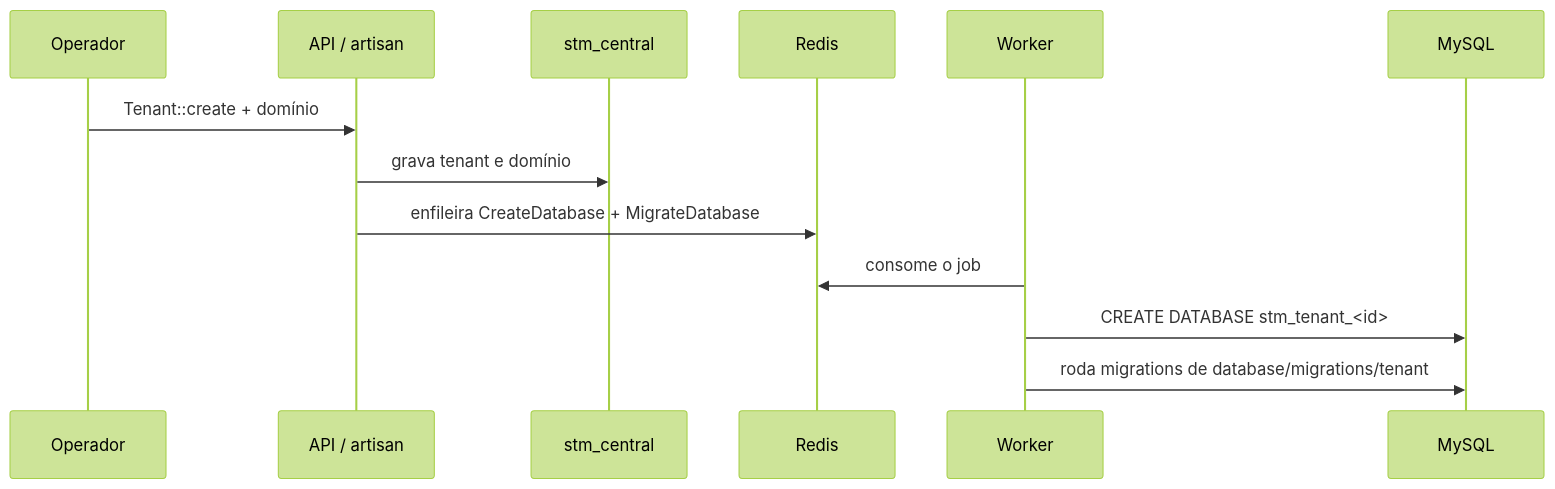
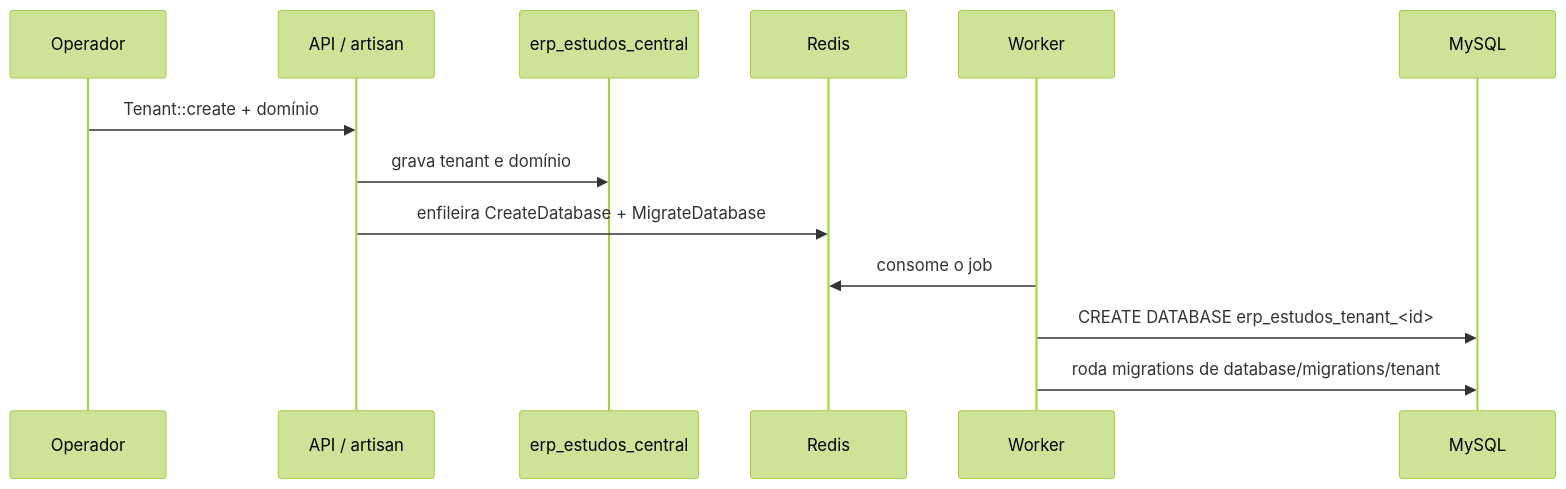
One commit to CristovaoCarlos/ERP-Estudos changed the fourth of 5 diagrams in docs/arquitetura/arc42.md. Above: the diagram before and after it, drawn with Mermaid (forest theme). The commit also changed other lines of this file and 60 other files, not shown here.

First line of the commit message:
refactor: renomeia o sistema para ERP para Estudos (erp_estudos)

````diff
--- a/docs/arquitetura/arc42.md
+++ b/docs/arquitetura/arc42.md
@@ -169,16 +169,16 @@
 ```mermaid
 sequenceDiagram
     participant Op as Operador
     participant A as API / artisan
-    participant C as stm_central
+    participant C as erp_estudos_central
     participant R as Redis
     participant W as Worker
     participant DB as MySQL
 
     Op->>A: Tenant::create + domínio
     A->>C: grava tenant e domínio
     A->>R: enfileira CreateDatabase + MigrateDatabase
     W->>R: consome o job
-    W->>DB: CREATE DATABASE stm_tenant_<id>
+    W->>DB: CREATE DATABASE erp_estudos_tenant_<id>
     W->>DB: roda migrations de database/migrations/tenant
 ```
````
